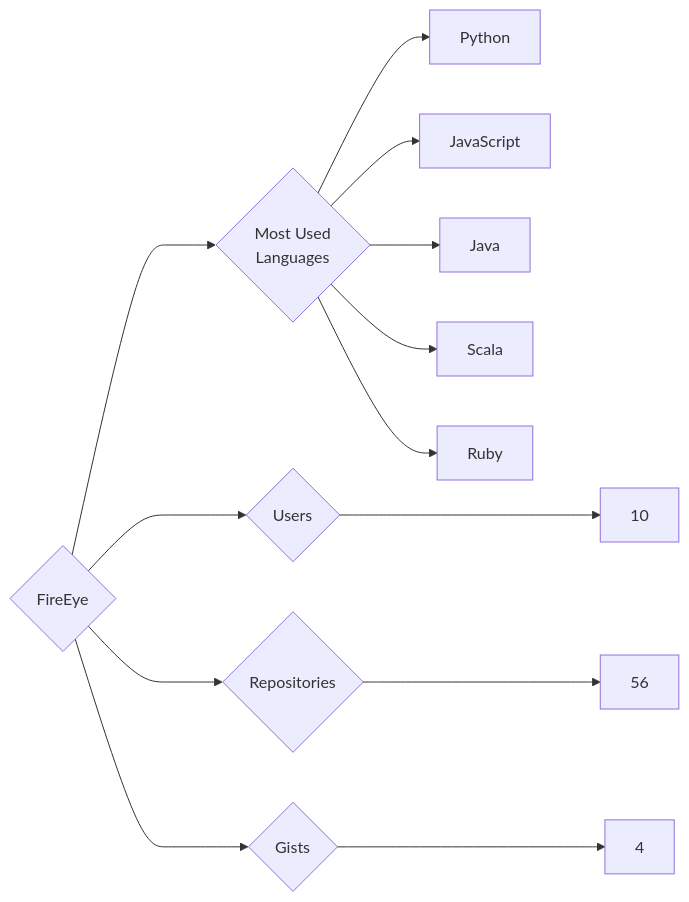
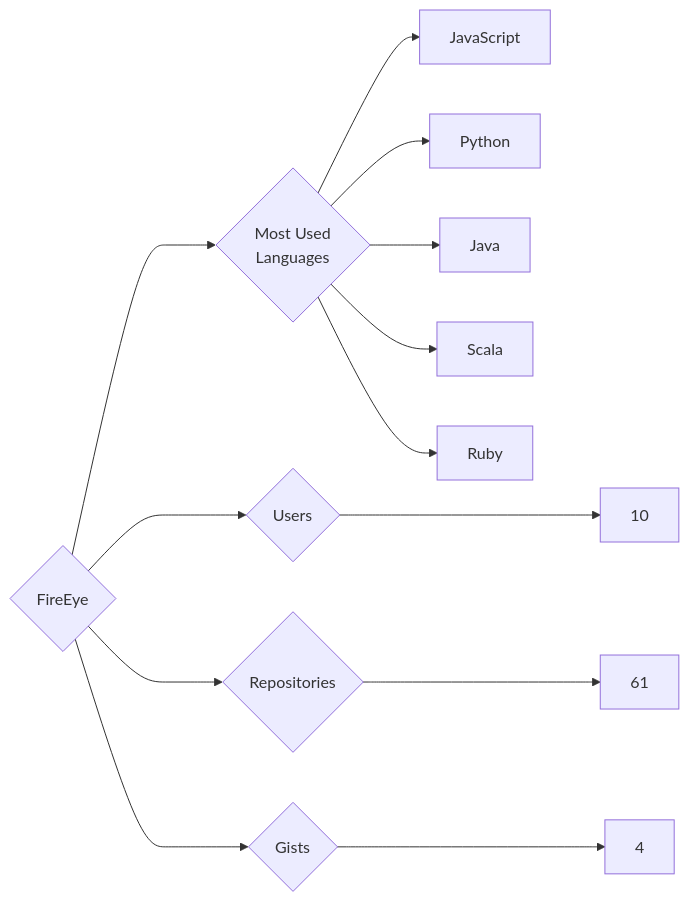
The diagram in targets/FireEye/README.md (trickest/insiders), drawn with Mermaid before and after one commit. The commit also changed 1084 other files, not shown here.

````diff
--- a/targets/FireEye/README.md
+++ b/targets/FireEye/README.md
@@ -3,13 +3,13 @@
 ```mermaid
 graph LR
 COMPANY_NAME{FireEye}
 COMPANY_NAME ---> U{Users} ---> UN[10]
-COMPANY_NAME ---> R{Repositories} ---> RN[56]
+COMPANY_NAME ---> R{Repositories} ---> RN[61]
 COMPANY_NAME ---> G{Gists} ---> GN[4]
 COMPANY_NAME ---> ML{Most Used<br>Languages}
+ML --> JavaScript[JavaScript]
 ML --> Python[Python]
-ML --> JavaScript[JavaScript]
 ML --> Java[Java]
 ML --> Scala[Scala]
 ML --> Ruby[Ruby]
 ```
````
